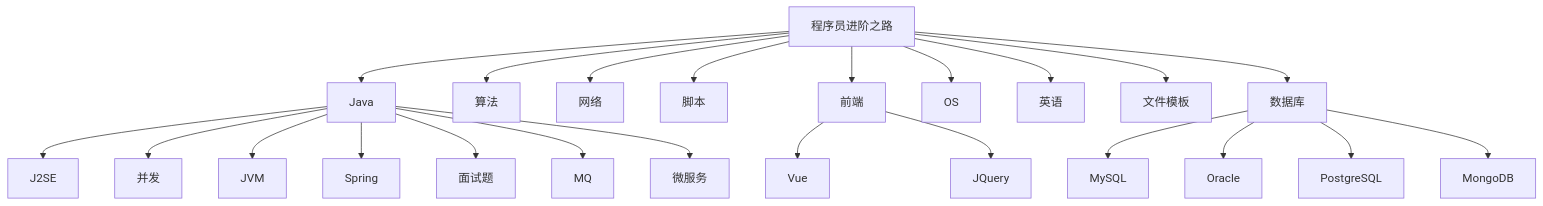
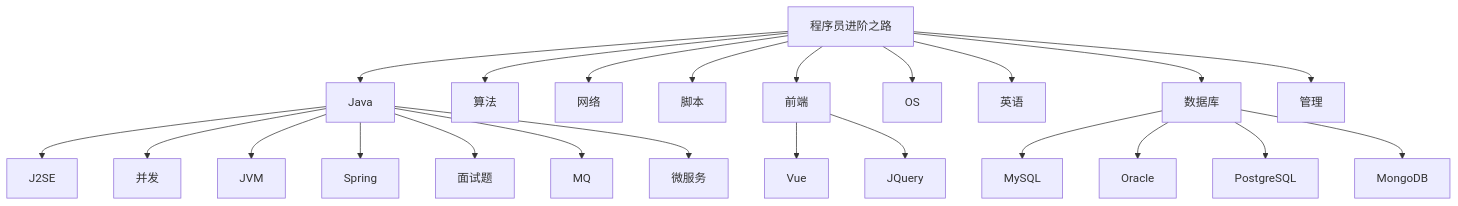
One commit to namelessmyth/beFreeCoder changed the second of 2 diagrams in README.md. Above: the diagram before and after it, drawn with Mermaid. The commit also changed other lines of this file and 4 other files, not shown here.

````diff
--- a/README.md
+++ b/README.md
@@ -60,33 +60,33 @@
 ```mermaid
 flowchart TB
 
 root[程序员进阶之路]
 
 root-->Java["Java"]
 Java-->J2SE
 Java-->t["并发"]
 Java-->JVM
 Java-->Spring
 Java-->面试题
 Java-->MQ
 Java-->cloud["微服务"]
 
 root-->sf[算法]
 root-->net["网络"]
 root-->Script["脚本"]
 
 root-->front["前端"]
 front-->Vue
 front-->JQuery
 
 root-->os["OS"]
 root-->English["英语"]
 
-root-->Template["文件模板"]
-
 root-->db["数据库"]
 db-->MySQL
 db-->Oracle
 db-->PostgreSQL
 db-->MongoDB
+
+root-->admin["管理"]
 ```
````
